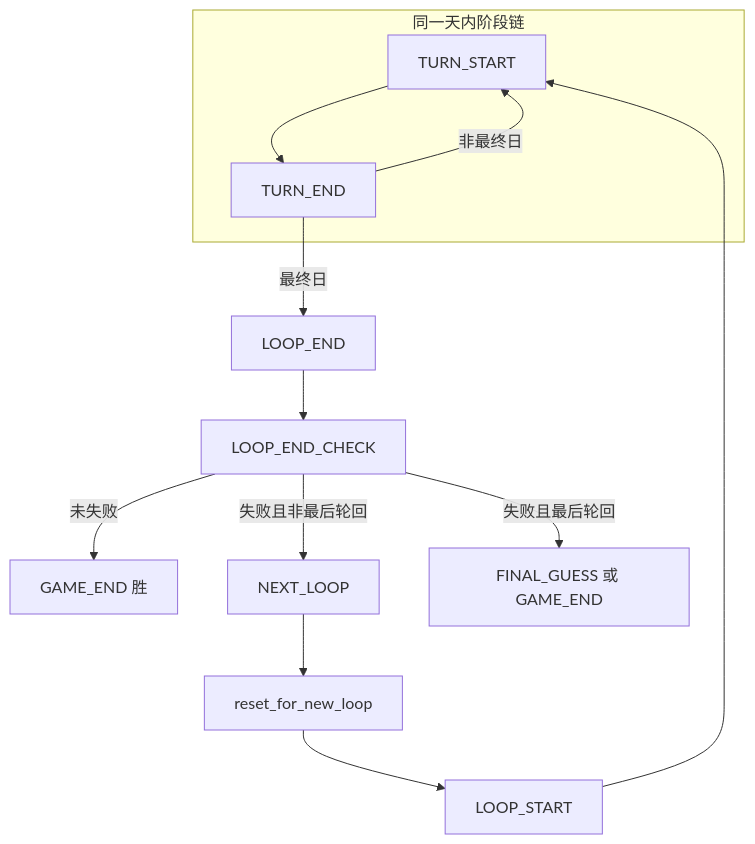
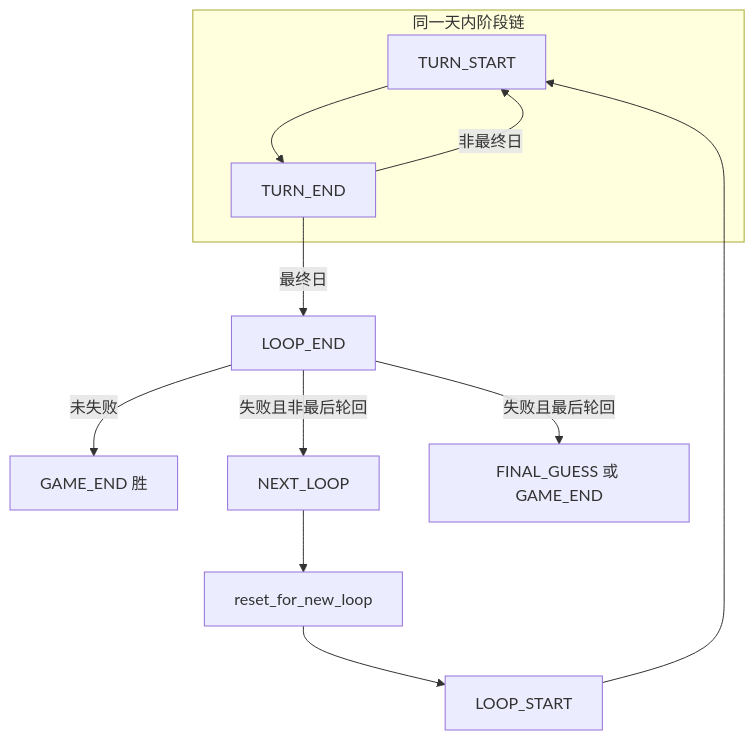
One commit to MrLloyd/tragedy-Loop changed the second of 2 diagrams in 引擎运作.md. Above: the diagram before and after it, drawn with Mermaid. The commit also changed other lines of this file and 44 other files, not shown here.

````diff
--- a/引擎运作.md
+++ b/引擎运作.md
@@ -126,15 +126,14 @@
 ```mermaid
 flowchart TB
     subgraph day [同一天内阶段链]
         TS[TURN_START] --> TE[TURN_END]
     end
     TE -->|非最终日| TS
     TE -->|最终日| LE[LOOP_END]
-    LE --> LEC[LOOP_END_CHECK]
-    LEC -->|未失败| GE[GAME_END 胜]
-    LEC -->|失败且非最后轮回| NL[NEXT_LOOP]
+    LE -->|未失败| GE[GAME_END 胜]
+    LE -->|失败且非最后轮回| NL[NEXT_LOOP]
     NL --> RFL[reset_for_new_loop]
     RFL --> LS[LOOP_START]
     LS --> TS
-    LEC -->|失败且最后轮回| FG[FINAL_GUESS 或 GAME_END]
+    LE -->|失败且最后轮回| FG[FINAL_GUESS 或 GAME_END]
 ```
````
